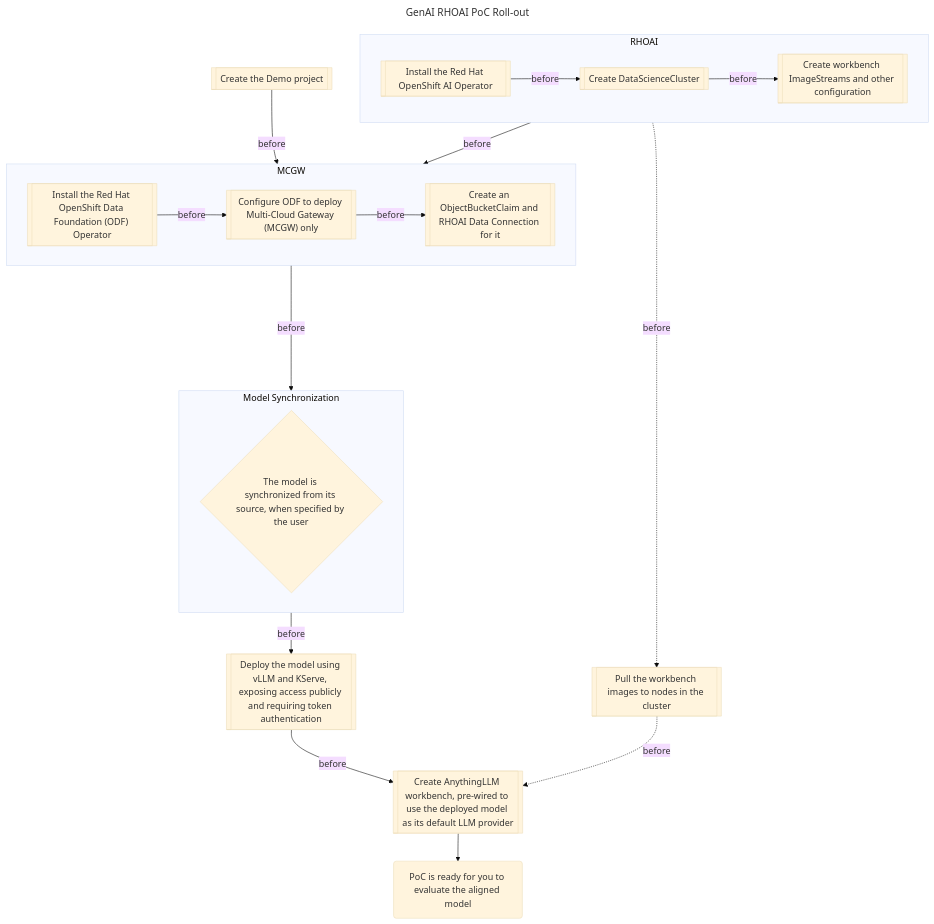
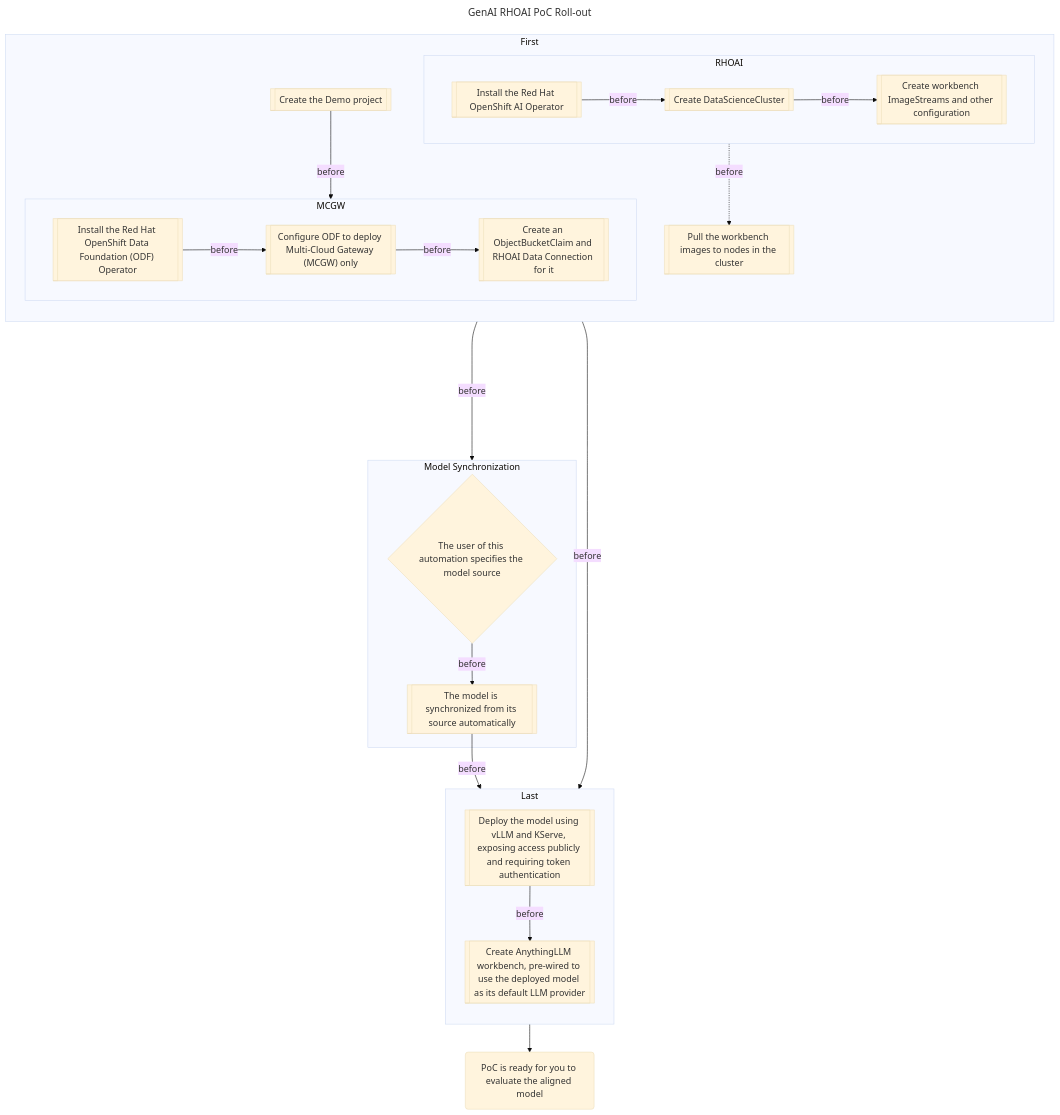
The diagram in README.md (rh-aiservices-bu/genai-rhoai-poc-template), drawn with Mermaid (base theme) before and after one commit. The commit also changed other lines of this file, not shown here.

Commit message:
docs: continue to explain things

````diff
--- a/README.md
+++ b/README.md
@@ -28,32 +30,42 @@
 ```mermaid
 ---
 title: GenAI RHOAI PoC Roll-out
 ---
 flowchart TD
-    subgraph RHOAI
-        direction LR
-        rhoaiInstall[[Install the Red Hat OpenShift AI Operator]]
-        rhoaiDeploy[[Create DataScienceCluster]]
-        rhoaiConfig[[Create workbench ImageStreams and other configuration]]
-        rhoaiInstall -- before --> rhoaiDeploy -- before --> rhoaiConfig
-    end
-    demoProject[[Create the Demo project]]
-    subgraph MCGW
-        direction LR
-        mcgwInstall[["Install the Red Hat OpenShift Data Foundation (ODF) Operator"]]
-        mcgwDeploy[["Configure ODF to deploy Multi-Cloud Gateway (MCGW) only"]]
-        mcgwConfig[[Create an ObjectBucketClaim and RHOAI Data Connection for it]]
-        mcgwInstall -- before --> mcgwDeploy -- before --> mcgwConfig
+    subgraph First
+        direction TB
+        subgraph RHOAI
+            direction LR
+            rhoaiInstall[[Install the Red Hat OpenShift AI Operator]]
+            rhoaiDeploy[[Create DataScienceCluster]]
+            rhoaiConfig[[Create workbench ImageStreams and other configuration]]
+            rhoaiInstall -- before --> rhoaiDeploy -- before --> rhoaiConfig
+        end
+        demoProject[[Create the Demo project]]
+        subgraph MCGW
+            direction LR
+            mcgwInstall[["Install the Red Hat OpenShift Data Foundation (ODF) Operator"]]
+            mcgwDeploy[["Configure ODF to deploy Multi-Cloud Gateway (MCGW) only"]]
+            mcgwConfig[[Create an ObjectBucketClaim and RHOAI Data Connection for it]]
+            mcgwInstall -- before --> mcgwDeploy -- before --> mcgwConfig
+        end
+        workbenchPrimer[[Pull the workbench images to nodes in the cluster]]
+        rhoaiConfig-. before .-> workbenchPrimer
+        demoProject -- before --> mcgwConfig
     end
     subgraph userProcess[Model Synchronization]
-        modelSync{The model is synchronized from its source, when specified by the user}
+        modelSource{The user of this automation specifies the model source}
+        modelSync[[The model is synchronized from its source automatically]]
+        modelSource -- before --> modelSync
     end
-    modelDeploy[[Deploy the model using vLLM and KServe, exposing access publicly and requiring token authentication]]
-    workbenchPrimer[[Pull the workbench images to nodes in the cluster]]
-    deployAnythingLLM[[Create AnythingLLM workbench, pre-wired to use the deployed model as its default LLM provider]]
+    MCGW -- before -----> userProcess
+    subgraph Last
+        direction TB
+        modelDeploy[[Deploy the model using vLLM and KServe, exposing access publicly and requiring token authentication]]
+        deployAnythingLLM[[Create AnythingLLM workbench, pre-wired to use the deployed model as its default LLM provider]]
+    end
+    RHOAI -- before --> modelDeploy
     pocReady(PoC is ready for you to evaluate the aligned model)
-    RHOAI -- before --> MCGW -- before -----> userProcess -- before --> modelDeploy -- before --> deployAnythingLLM
-    demoProject -- before --> mcgwConfig
-    RHOAI-. before .-> workbenchPrimer-. before .-> deployAnythingLLM
+    modelSync -- before --> modelDeploy -- before --> deployAnythingLLM
     deployAnythingLLM --> pocReady
 ```
````
